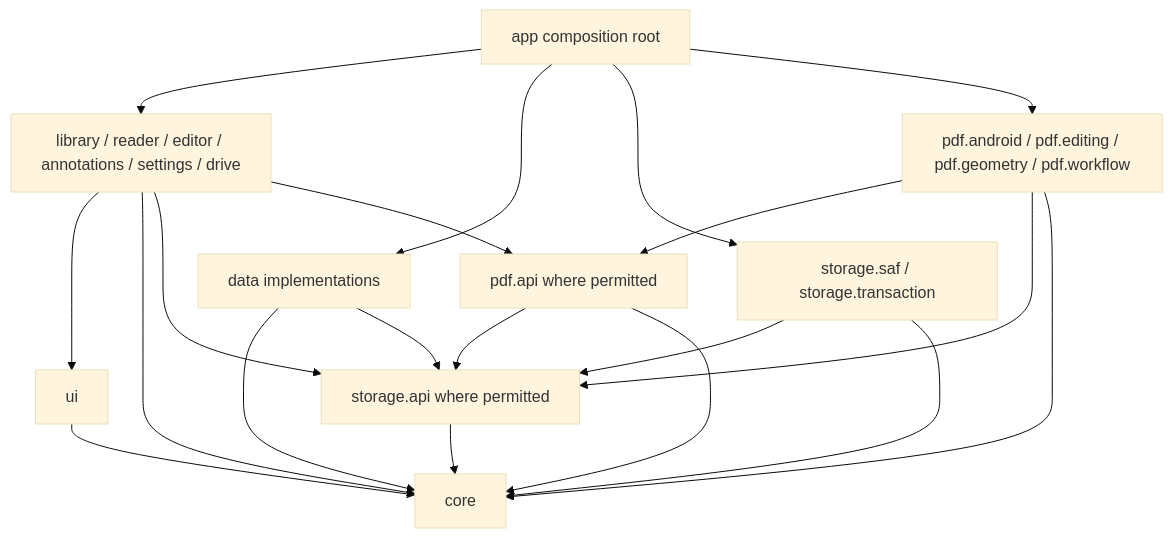
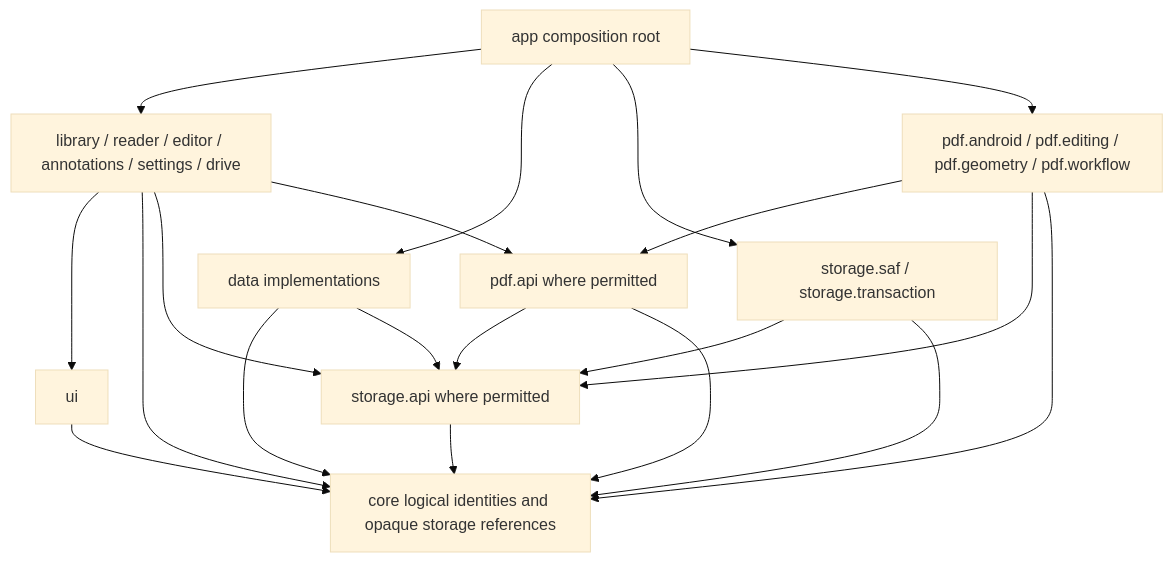
Before and after one commit to alexbonavila/PartiturasPDF: the first of 2 diagrams in docs/architecture/ARCHITECTURE.md, drawn with Mermaid (base theme). The commit also changed other lines of this file and 2 other files, not shown here.

Commit message:
docs: clarify PDF read access and logical document references

````diff
--- a/docs/architecture/ARCHITECTURE.md
+++ b/docs/architecture/ARCHITECTURE.md
@@ -160,22 +166,22 @@
 ```mermaid
 flowchart TD
     App[app composition root] --> Features[library / reader / editor / annotations / settings / drive]
     App --> Data[data implementations]
     App --> StorageImpl[storage.saf / storage.transaction]
     App --> PdfImpl[pdf.android / pdf.editing / pdf.geometry / pdf.workflow]
     Features --> UI[ui]
-    Features --> Core[core]
+    Features --> Core[core logical identities and opaque storage references]
     Features --> StorageAPI[storage.api where permitted]
     Features --> PdfAPI[pdf.api where permitted]
     UI --> Core
     Data --> Core
     Data --> StorageAPI
     StorageImpl --> StorageAPI
     StorageImpl --> Core
     PdfImpl --> PdfAPI
     PdfImpl --> StorageAPI
     PdfImpl --> Core
     PdfAPI --> StorageAPI
     PdfAPI --> Core
     StorageAPI --> Core
 ```
````
